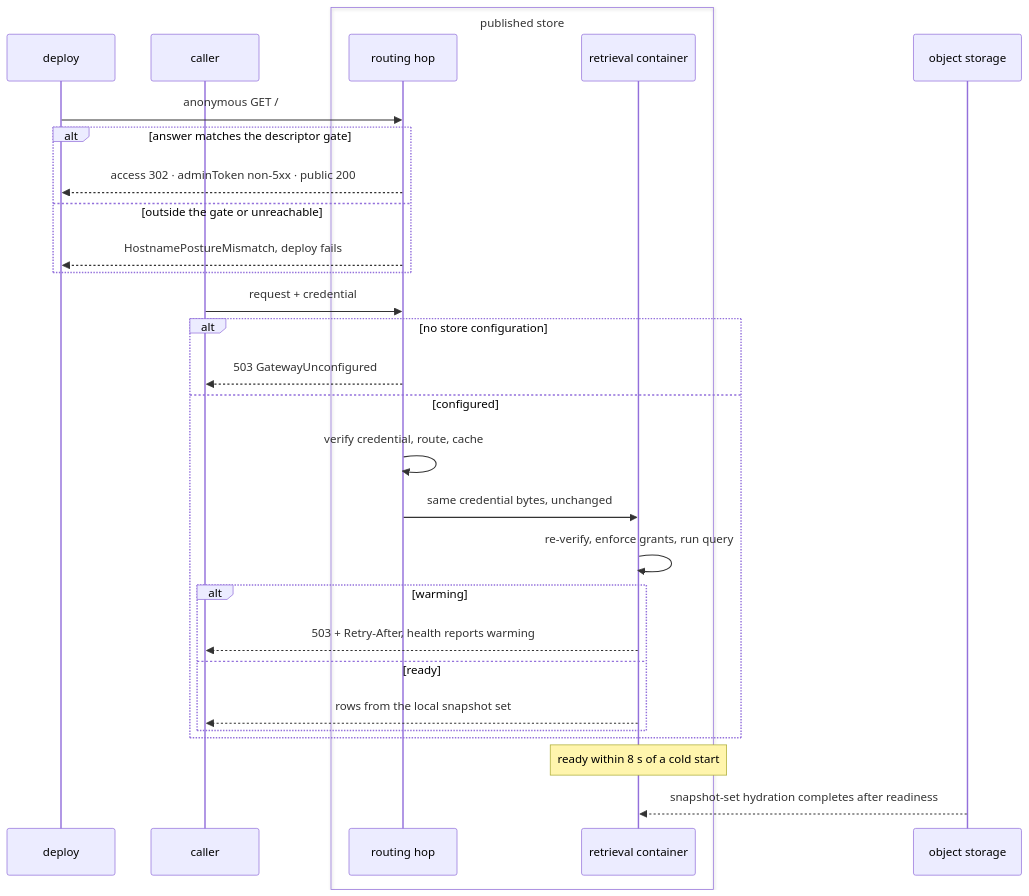
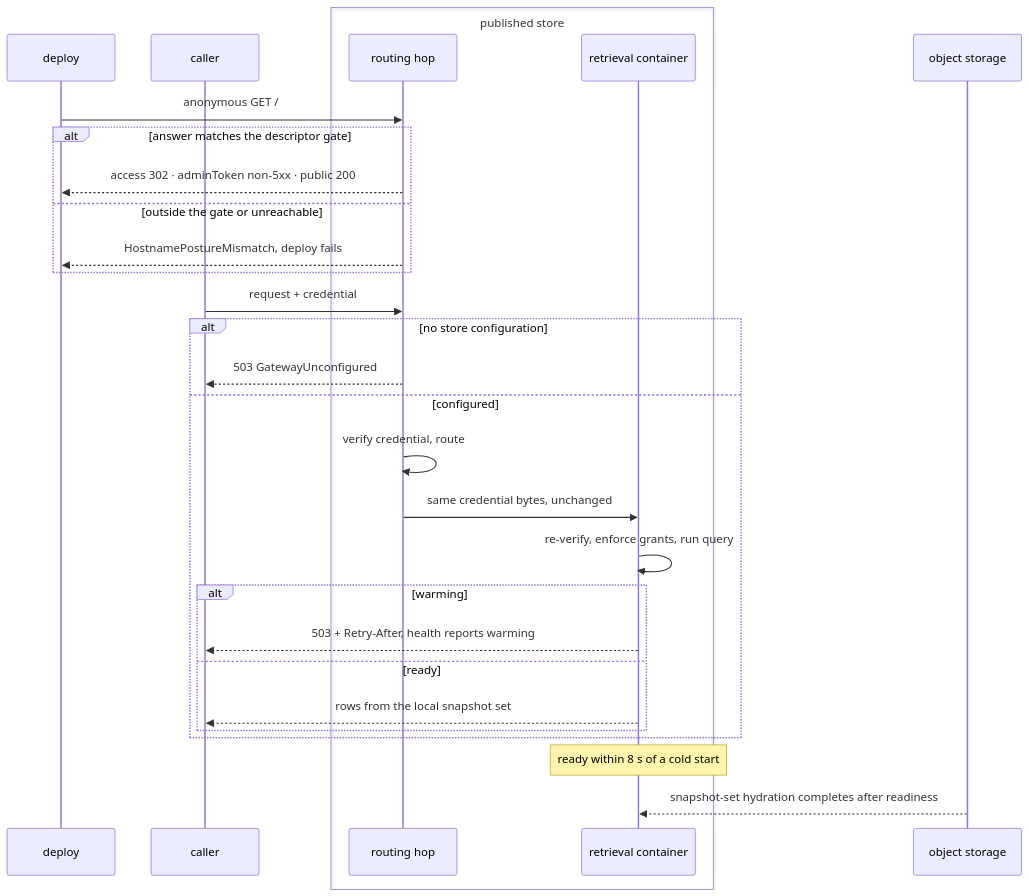
Before and after one commit to fractalboxdev/contextful: the fourth of 5 diagrams in spec/01-topology.md, drawn with Mermaid. The commit also changed other lines of this file and 2 other files, not shown here.

Commit message:
topology: the posture probe runs in build tooling and the routing hop holds no result cache

````diff
--- a/spec/01-topology.md
+++ b/spec/01-topology.md
@@ -232,33 +232,33 @@
 ```mermaid
 sequenceDiagram
   participant D as deploy
   participant C as caller
   box published store
     participant H as routing hop
     participant R as retrieval container
   end
   participant O as object storage
 
   D->>H: anonymous GET /
   alt answer matches the descriptor gate
     H-->>D: access 302 · adminToken non-5xx · public 200
   else outside the gate or unreachable
     H-->>D: HostnamePostureMismatch, deploy fails
   end
 
   C->>H: request + credential
   alt no store configuration
     H-->>C: 503 GatewayUnconfigured
   else configured
-    H->>H: verify credential, route, cache
+    H->>H: verify credential, route
     H->>R: same credential bytes, unchanged
     R->>R: re-verify, enforce grants, run query
     alt warming
       R-->>C: 503 + Retry-After, health reports warming
     else ready
       R-->>C: rows from the local snapshot set
     end
   end
   Note over R: ready within 8 s of a cold start
   O-->>R: snapshot-set hydration completes after readiness
 ```
````
